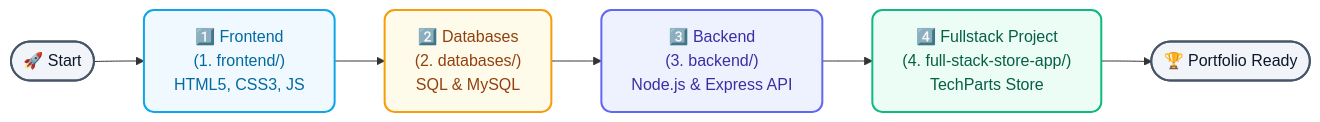
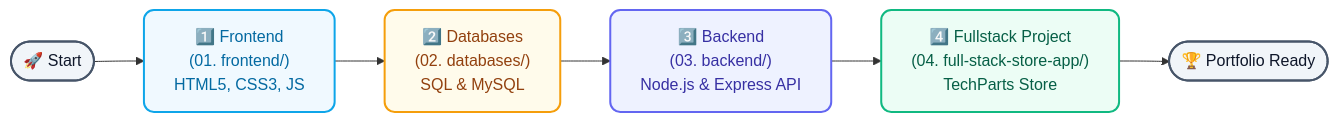
Before and after one commit to mrsky1001/fullstack-web-development-course: the second of 2 diagrams in README.md, drawn with Mermaid. The commit also changed other lines of this file and 1168 other files, not shown here.

````diff
--- a/README.md
+++ b/README.md
@@ -293,25 +293,25 @@
 ```mermaid
 flowchart LR
-    Start(["<span style='display:inline-block; text-decoration:none;'>🚀 Start</span>"]) --> F["<span style='display:inline-block; text-decoration:none;'>1️⃣ Frontend<br/>(1. frontend/)<br/>HTML5, CSS3, JS</span>"]
-    F --> D["<span style='display:inline-block; text-decoration:none;'>2️⃣ Databases<br/>(2. databases/)<br/>SQL & MySQL</span>"]
-    D --> B["<span style='display:inline-block; text-decoration:none;'>3️⃣ Backend<br/>(3. backend/)<br/>Node.js & Express API</span>"]
-    B --> App["<span style='display:inline-block; text-decoration:none;'>4️⃣ Fullstack Project<br/>(4. full-stack-store-app/)<br/>TechParts Store</span>"]
+    Start(["<span style='display:inline-block; text-decoration:none;'>🚀 Start</span>"]) --> F["<span style='display:inline-block; text-decoration:none;'>1️⃣ Frontend<br/>(01. frontend/)<br/>HTML5, CSS3, JS</span>"]
+    F --> D["<span style='display:inline-block; text-decoration:none;'>2️⃣ Databases<br/>(02. databases/)<br/>SQL & MySQL</span>"]
+    D --> B["<span style='display:inline-block; text-decoration:none;'>3️⃣ Backend<br/>(03. backend/)<br/>Node.js & Express API</span>"]
+    B --> App["<span style='display:inline-block; text-decoration:none;'>4️⃣ Fullstack Project<br/>(04. full-stack-store-app/)<br/>TechParts Store</span>"]
     App --> Done(["<span style='display:inline-block; text-decoration:none;'>🏆 Portfolio Ready</span>"])
 
     classDef startDone fill:#f1f5f9,stroke:#475569,stroke-width:2px,color:#0f172a,rx:20px,ry:20px,text-decoration:none;
     classDef front fill:#f0f9ff,stroke:#0ea5e9,stroke-width:2px,color:#0369a1,rx:10px,ry:10px,text-decoration:none;
     classDef db fill:#fffbeb,stroke:#f59e0b,stroke-width:2px,color:#92400e,rx:10px,ry:10px,text-decoration:none;
     classDef back fill:#eef2ff,stroke:#6366f1,stroke-width:2px,color:#3730a3,rx:10px,ry:10px,text-decoration:none;
     classDef app fill:#ecfdf5,stroke:#10b981,stroke-width:2px,color:#065f46,rx:10px,ry:10px,text-decoration:none;
 
     class Start,Done startDone;
     class F front;
     class D db;
     class B back;
     class App app;
 
-    click F "./1.%20frontend/" "Go to Frontend"
-    click D "./2.%20databases/" "Go to Databases"
-    click B "./3.%20backend/" "Go to Backend"
-    click App "./4.%20full-stack-store-app/" "Go to Fullstack Store App"
+    click F "./01.%20frontend/" "Go to Frontend"
+    click D "./02.%20databases/" "Go to Databases"
+    click B "./03.%20backend/" "Go to Backend"
+    click App "./04.%20full-stack-store-app/" "Go to Fullstack Store App"
 ```
````
